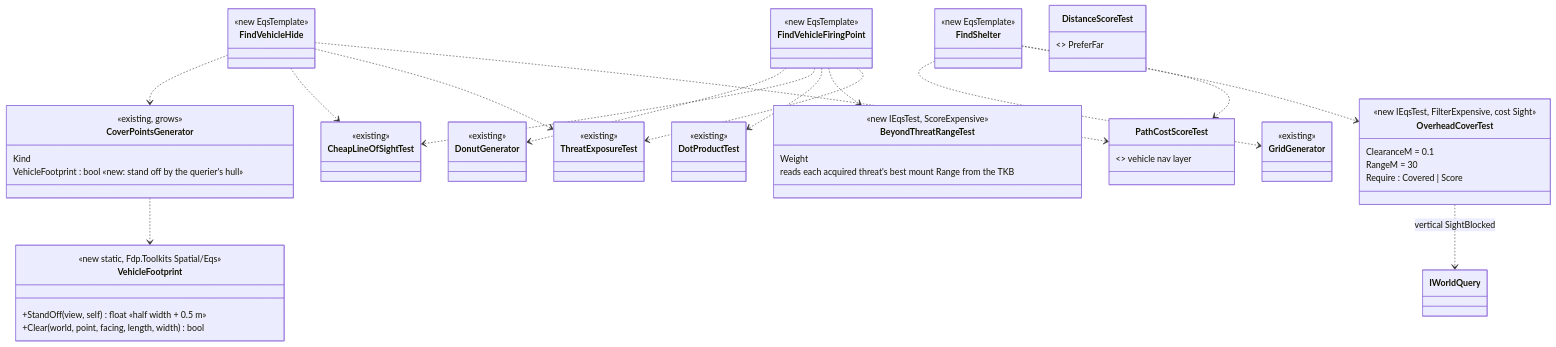
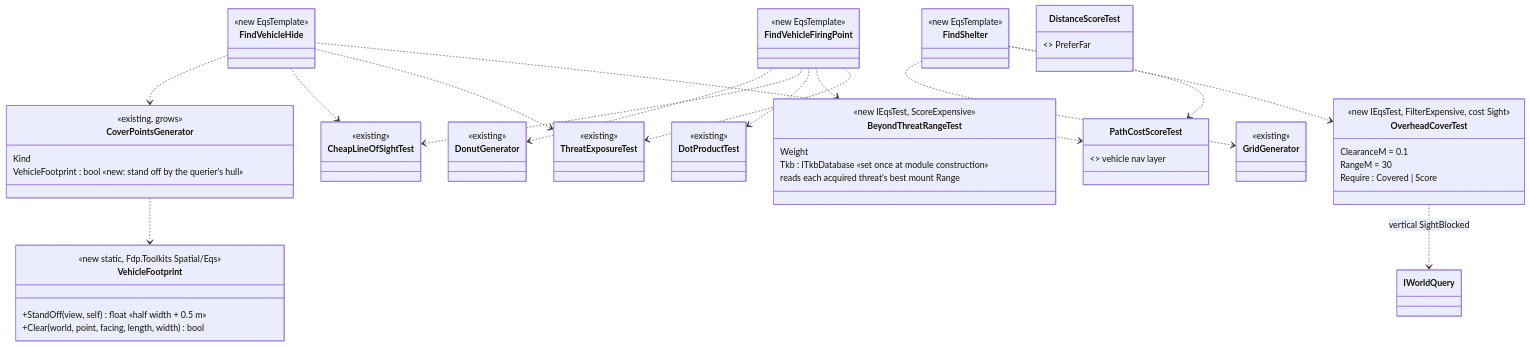
One commit to pjanec/HROT changed the second of 7 diagrams in docs/designs/vehicle-tactics/DESIGN_Vehicle_Exposure_Cycle.md. Above: the diagram before and after it, drawn with Mermaid. The commit also changed other lines of this file, not shown here.

First line of the commit message:
Exposure cycle: the TKB reaches the EQS test once at construction, by reference

````diff
--- a/docs/designs/vehicle-tactics/DESIGN_Vehicle_Exposure_Cycle.md
+++ b/docs/designs/vehicle-tactics/DESIGN_Vehicle_Exposure_Cycle.md
@@ -89,48 +89,49 @@
 ```mermaid
 classDiagram
   class CoverPointsGenerator {
     <<existing, grows>>
     Kind
     VehicleFootprint : bool  «new: stand off by the querier's hull»
   }
   class VehicleFootprint {
     <<new static, Fdp.Toolkits Spatial/Eqs>>
     +StandOff(view, self) float  «half width + 0.5 m»
     +Clear(world, point, facing, length, width) bool
   }
   class BeyondThreatRangeTest {
     <<new IEqsTest, ScoreExpensive>>
     Weight
-    reads each acquired threat's best mount Range from the TKB
+    Tkb : ITkbDatabase  «set once at module construction»
+    reads each acquired threat's best mount Range
   }
   class OverheadCoverTest {
     <<new IEqsTest, FilterExpensive, cost Sight>>
     ClearanceM = 0.1
     RangeM = 30
     Require : Covered | Score
   }
   class FindVehicleHide { <<new EqsTemplate>> }
   class FindVehicleFiringPoint { <<new EqsTemplate>> }
   class FindShelter { <<new EqsTemplate>> }
   class ThreatExposureTest { <<existing>> }
   class CheapLineOfSightTest { <<existing>> }
   class DistanceScoreTest { <<existing>> PreferFar }
   class DotProductTest { <<existing>> }
   class PathCostScoreTest { <<existing>> vehicle nav layer }
   class GridGenerator { <<existing>> }
   class DonutGenerator { <<existing>> }
   CoverPointsGenerator ..> VehicleFootprint
   FindVehicleHide ..> CoverPointsGenerator
   FindVehicleHide ..> CheapLineOfSightTest
   FindVehicleHide ..> ThreatExposureTest
   FindVehicleHide ..> PathCostScoreTest
   FindVehicleFiringPoint ..> DonutGenerator
   FindVehicleFiringPoint ..> CheapLineOfSightTest
   FindVehicleFiringPoint ..> DotProductTest
   FindVehicleFiringPoint ..> BeyondThreatRangeTest
   FindVehicleFiringPoint ..> ThreatExposureTest
   FindShelter ..> GridGenerator
   FindShelter ..> OverheadCoverTest
   FindShelter ..> PathCostScoreTest
   OverheadCoverTest ..> IWorldQuery : vertical SightBlocked
 ```
````
